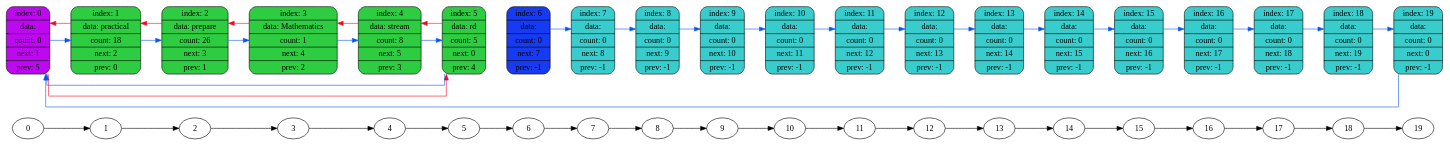
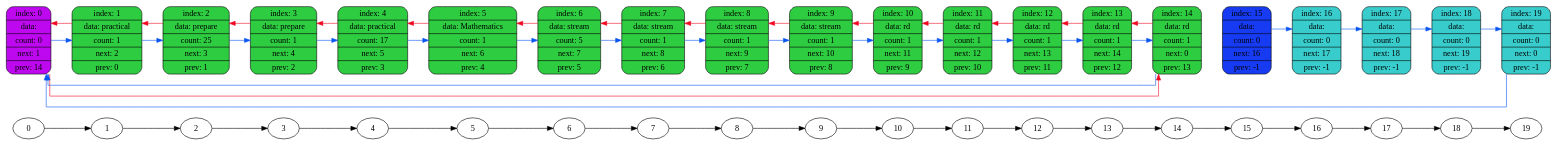
The diagram in data/dump1.dot (coffee8cat/Hash-table), drawn with Graphviz before and after one commit. The commit also changed 20 other files, not shown here.

```diff
--- a/data/dump1.dot
+++ b/data/dump1.dot
@@ -1,96 +1,105 @@
 digraph
 {
     graph[splines = ortho]
     rankdir=LR
 
     "0" -> "1" -> "2" -> "3" -> "4" -> "5" -> "6" -> "7" -> "8" -> "9" -> "10" -> "11" -> "12" -> "13" -> "14" -> "15" -> "16" -> "17" -> "18" -> "19";
 
-    node6[shape=record,style="rounded,filled",fillcolor="#163bf3",label="index: 6 | data:  | count: 0 | next: 7 | prev: -1"];
-    node7[shape=record,style="rounded,filled",fillcolor="#39CCCC",label="index: 7 | data:  | count: 0 | next: 8 | prev: -1"];
-    node8[shape=record,style="rounded,filled",fillcolor="#39CCCC",label="index: 8 | data:  | count: 0 | next: 9 | prev: -1"];
-    node9[shape=record,style="rounded,filled",fillcolor="#39CCCC",label="index: 9 | data:  | count: 0 | next: 10 | prev: -1"];
-    node10[shape=record,style="rounded,filled",fillcolor="#39CCCC",label="index: 10 | data:  | count: 0 | next: 11 | prev: -1"];
-    node11[shape=record,style="rounded,filled",fillcolor="#39CCCC",label="index: 11 | data:  | count: 0 | next: 12 | prev: -1"];
-    node12[shape=record,style="rounded,filled",fillcolor="#39CCCC",label="index: 12 | data:  | count: 0 | next: 13 | prev: -1"];
-    node13[shape=record,style="rounded,filled",fillcolor="#39CCCC",label="index: 13 | data:  | count: 0 | next: 14 | prev: -1"];
-    node14[shape=record,style="rounded,filled",fillcolor="#39CCCC",label="index: 14 | data:  | count: 0 | next: 15 | prev: -1"];
-    node15[shape=record,style="rounded,filled",fillcolor="#39CCCC",label="index: 15 | data:  | count: 0 | next: 16 | prev: -1"];
+    node15[shape=record,style="rounded,filled",fillcolor="#163bf3",label="index: 15 | data:  | count: 0 | next: 16 | prev: -1"];
     node16[shape=record,style="rounded,filled",fillcolor="#39CCCC",label="index: 16 | data:  | count: 0 | next: 17 | prev: -1"];
     node17[shape=record,style="rounded,filled",fillcolor="#39CCCC",label="index: 17 | data:  | count: 0 | next: 18 | prev: -1"];
     node18[shape=record,style="rounded,filled",fillcolor="#39CCCC",label="index: 18 | data:  | count: 0 | next: 19 | prev: -1"];
     node19[shape=record,style="rounded,filled",fillcolor="#39CCCC",label="index: 19 | data:  | count: 0 | next: 0 | prev: -1"];
-    node0[shape=record,style="rounded,filled",fillcolor="#BE08F0",label="index: 0 | data:  | count: 0 | next: 1 | prev: 5"];
-    node1[shape=record,style="rounded,filled",fillcolor="#2ECC40",label="index: 1 | data: practical | count: 18 | next: 2 | prev: 0"];
-    node2[shape=record,style="rounded,filled",fillcolor="#2ECC40",label="index: 2 | data: prepare | count: 26 | next: 3 | prev: 1"];
-    node3[shape=record,style="rounded,filled",fillcolor="#2ECC40",label="index: 3 | data: Mathematics | count: 1 | next: 4 | prev: 2"];
-    node4[shape=record,style="rounded,filled",fillcolor="#2ECC40",label="index: 4 | data: stream | count: 8 | next: 5 | prev: 3"];
-    node5[shape=record,style="rounded,filled",fillcolor="#2ECC40",label="index: 5 | data: rd | count: 5 | next: 0 | prev: 4"];
+    node0[shape=record,style="rounded,filled",fillcolor="#BE08F0",label="index: 0 | data:  | count: 0 | next: 1 | prev: 14"];
+    node1[shape=record,style="rounded,filled",fillcolor="#2ECC40",label="index: 1 | data: practical | count: 1 | next: 2 | prev: 0"];
+    node2[shape=record,style="rounded,filled",fillcolor="#2ECC40",label="index: 2 | data: prepare | count: 25 | next: 3 | prev: 1"];
+    node3[shape=record,style="rounded,filled",fillcolor="#2ECC40",label="index: 3 | data: prepare | count: 1 | next: 4 | prev: 2"];
+    node4[shape=record,style="rounded,filled",fillcolor="#2ECC40",label="index: 4 | data: practical | count: 17 | next: 5 | prev: 3"];
+    node5[shape=record,style="rounded,filled",fillcolor="#2ECC40",label="index: 5 | data: Mathematics | count: 1 | next: 6 | prev: 4"];
+    node6[shape=record,style="rounded,filled",fillcolor="#2ECC40",label="index: 6 | data: stream | count: 5 | next: 7 | prev: 5"];
+    node7[shape=record,style="rounded,filled",fillcolor="#2ECC40",label="index: 7 | data: stream | count: 1 | next: 8 | prev: 6"];
+    node8[shape=record,style="rounded,filled",fillcolor="#2ECC40",label="index: 8 | data: stream | count: 1 | next: 9 | prev: 7"];
+    node9[shape=record,style="rounded,filled",fillcolor="#2ECC40",label="index: 9 | data: stream | count: 1 | next: 10 | prev: 8"];
+    node10[shape=record,style="rounded,filled",fillcolor="#2ECC40",label="index: 10 | data: rd | count: 1 | next: 11 | prev: 9"];
+    node11[shape=record,style="rounded,filled",fillcolor="#2ECC40",label="index: 11 | data: rd | count: 1 | next: 12 | prev: 10"];
+    node12[shape=record,style="rounded,filled",fillcolor="#2ECC40",label="index: 12 | data: rd | count: 1 | next: 13 | prev: 11"];
+    node13[shape=record,style="rounded,filled",fillcolor="#2ECC40",label="index: 13 | data: rd | count: 1 | next: 14 | prev: 12"];
+    node14[shape=record,style="rounded,filled",fillcolor="#2ECC40",label="index: 14 | data: rd | count: 1 | next: 0 | prev: 13"];
 
     node0 -> node1[color="none"]
     {rank = same; "0"; node0}
     node1 -> node2[color="none"]
     {rank = same; "1"; node1}
     node2 -> node3[color="none"]
     {rank = same; "2"; node2}
     node3 -> node4[color="none"]
     {rank = same; "3"; node3}
     node4 -> node5[color="none"]
     {rank = same; "4"; node4}
     node5 -> node6[color="none"]
     {rank = same; "5"; node5}
     node6 -> node7[color="none"]
     {rank = same; "6"; node6}
     node7 -> node8[color="none"]
     {rank = same; "7"; node7}
     node8 -> node9[color="none"]
     {rank = same; "8"; node8}
     node9 -> node10[color="none"]
     {rank = same; "9"; node9}
     node10 -> node11[color="none"]
     {rank = same; "10"; node10}
     node11 -> node12[color="none"]
     {rank = same; "11"; node11}
     node12 -> node13[color="none"]
     {rank = same; "12"; node12}
     node13 -> node14[color="none"]
     {rank = same; "13"; node13}
     node14 -> node15[color="none"]
     {rank = same; "14"; node14}
     node15 -> node16[color="none"]
     {rank = same; "15"; node15}
     node16 -> node17[color="none"]
     {rank = same; "16"; node16}
     node17 -> node18[color="none"]
     {rank = same; "17"; node17}
     node18 -> node19[color="none"]
     {rank = same; "18"; node18}
     {rank = same; "19"; node19}
 
     node0 -> node1[color="#0855F0",constraint=false]
     node1 -> node0[color="#F00822",constraint=false]
     node1 -> node2[color="#0855F0",constraint=false]
     node2 -> node1[color="#F00822",constraint=false]
     node2 -> node3[color="#0855F0",constraint=false]
     node3 -> node2[color="#F00822",constraint=false]
     node3 -> node4[color="#0855F0",constraint=false]
     node4 -> node3[color="#F00822",constraint=false]
     node4 -> node5[color="#0855F0",constraint=false]
     node5 -> node4[color="#F00822",constraint=false]
-    node5 -> node0[color="#0855F0",constraint=false]
+    node5 -> node6[color="#0855F0",constraint=false]
+    node6 -> node5[color="#F00822",constraint=false]
+    node6 -> node7[color="#0855F0",constraint=false]
+    node7 -> node6[color="#F00822",constraint=false]
+    node7 -> node8[color="#0855F0",constraint=false]
+    node8 -> node7[color="#F00822",constraint=false]
+    node8 -> node9[color="#0855F0",constraint=false]
+    node9 -> node8[color="#F00822",constraint=false]
+    node9 -> node10[color="#0855F0",constraint=false]
+    node10 -> node9[color="#F00822",constraint=false]
+    node10 -> node11[color="#0855F0",constraint=false]
+    node11 -> node10[color="#F00822",constraint=false]
+    node11 -> node12[color="#0855F0",constraint=false]
+    node12 -> node11[color="#F00822",constraint=false]
+    node12 -> node13[color="#0855F0",constraint=false]
+    node13 -> node12[color="#F00822",constraint=false]
+    node13 -> node14[color="#0855F0",constraint=false]
+    node14 -> node13[color="#F00822",constraint=false]
+    node14 -> node0[color="#0855F0",constraint=false]
 
-    node0 -> node5[color="#F00822",constraint=false]
-    node6 -> node7[color="#0855F0",constraint=false]
-    node7 -> node8[color="#0855F0",constraint=false]
-    node8 -> node9[color="#0855F0",constraint=false]
-    node9 -> node10[color="#0855F0",constraint=false]
-    node10 -> node11[color="#0855F0",constraint=false]
-    node11 -> node12[color="#0855F0",constraint=false]
-    node12 -> node13[color="#0855F0",constraint=false]
-    node13 -> node14[color="#0855F0",constraint=false]
-    node14 -> node15[color="#0855F0",constraint=false]
+    node0 -> node14[color="#F00822",constraint=false]
     node15 -> node16[color="#0855F0",constraint=false]
     node16 -> node17[color="#0855F0",constraint=false]
     node17 -> node18[color="#0855F0",constraint=false]
     node18 -> node19[color="#0855F0",constraint=false]
     node19 -> node0[color="#0855F0",constraint=false]
 }
```
